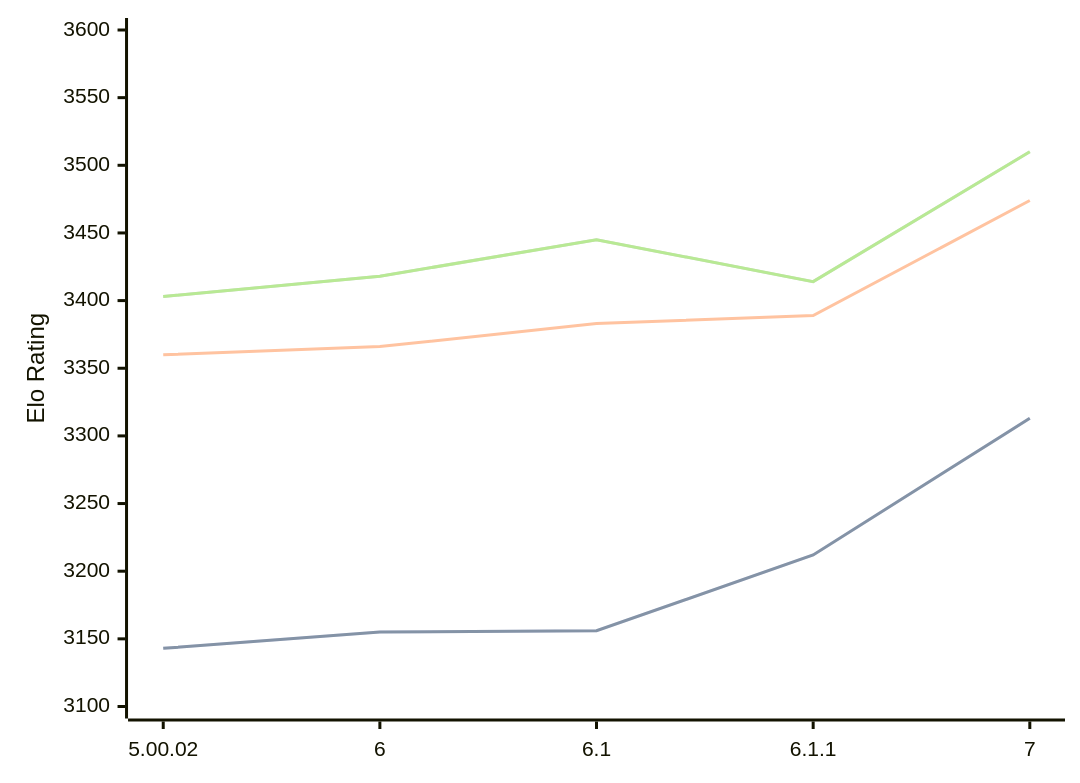
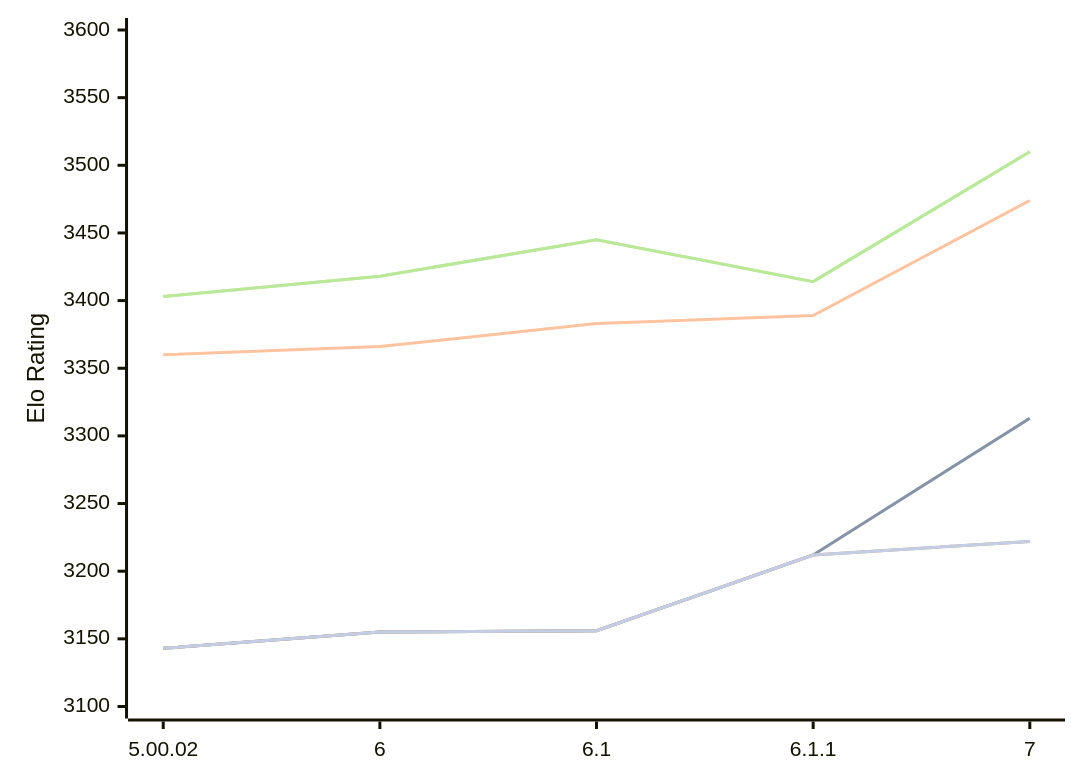
One commit to computer-chess-index/cci changed the diagram in engines/Zangdar.md. Above: the diagram before and after it, drawn with Mermaid. The commit also changed other lines of this file, not shown here.

Commit message:
Update CCI Ratings (ELO VLTC) - 2026-10-11

````diff
--- a/engines/Zangdar.md
+++ b/engines/Zangdar.md
@@ -51,16 +51,13 @@
 ```mermaid
 %%{init: {"theme":"base","themeVariables":{"seriesColors:['#a3a3a3','#222221','#faa371']}}}%%
 xychart-beta
   x-axis ["5.00.02", "6", "6.1", "6.1.1", "7"]
   y-axis "Elo Rating" 3100 --> 3600
   line "" [3143, 3155, 3156, 3212, 3313]
   line "T1: STC (8.0+0.08s)" [3143, 3155, 3156, 3212, 3313]
   line "T1: LTC (60.0+0.60s)" [3360, 3366, 3383, 3389, 3474]
   line "" [3403, 3418, 3445, 3414, 3510]
   line "T1: VLTC (2m24s+1.12s)" [3403, 3418, 3445, 3414, 3510]
-  line "" [3210]
-  line "E1: STC (8.0+0.08s)" [3210]
-  line "E1: LTC (60.0+0.60s)" [3420]
-  line "" [3491]
-  line "E1: VLTC (2m24s+1.12s)" [3491]
+  line "" [3143, 3155, 3156, 3212,3222]
+  line "E1: STC (8.0+0.08s)" [3143, 3155, 3156, 3212,3222]
 ```
````
